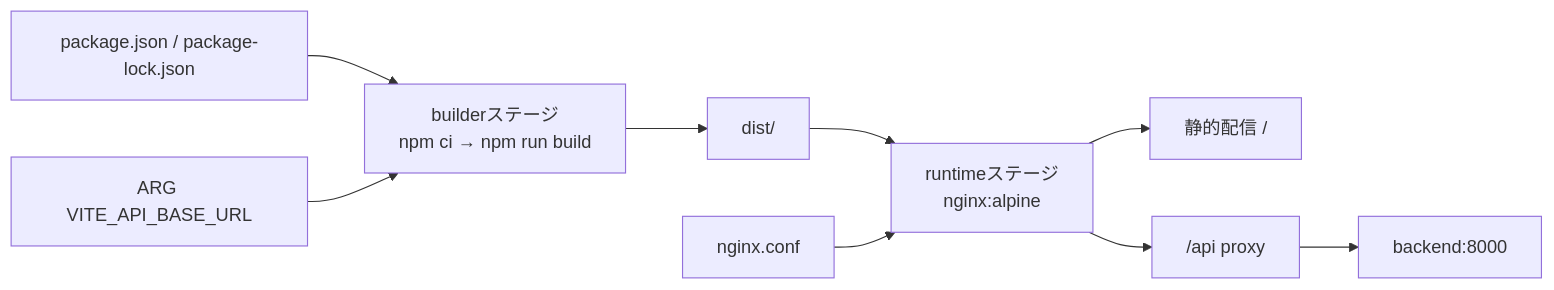
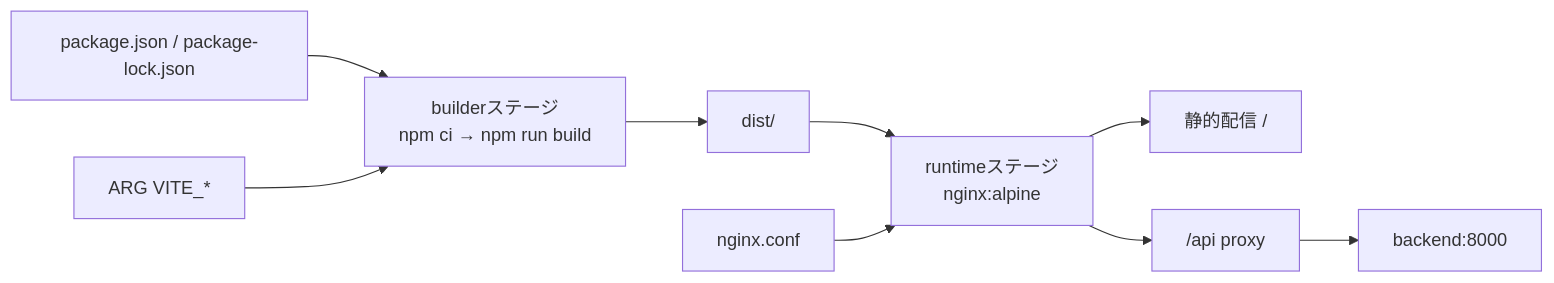
The fourth of 4 diagrams in docs/detailed_design/infra/03_dockerfile_frontend.md (oikawa-d/task_management), drawn with Mermaid before and after one commit. The commit also changed other lines of this file and 6 other files, not shown here.

````diff
--- a/docs/detailed_design/infra/03_dockerfile_frontend.md
+++ b/docs/detailed_design/infra/03_dockerfile_frontend.md
@@ -157,11 +160,11 @@
 ```mermaid
 flowchart LR
     PKG["package.json / package-lock.json"] --> BUILDER["builderステージ<br/>npm ci → npm run build"]
-    ARG["ARG VITE_API_BASE_URL"] --> BUILDER
+    ARG["ARG VITE_*"] --> BUILDER
     BUILDER --> DIST["dist/"]
     DIST --> RUNTIME["runtimeステージ<br/>nginx:alpine"]
     CONF["nginx.conf"] --> RUNTIME
     RUNTIME --> STATIC["静的配信 /"]
     RUNTIME --> PROXY["/api proxy"]
     PROXY --> BE["backend:8000"]
 ```
````
